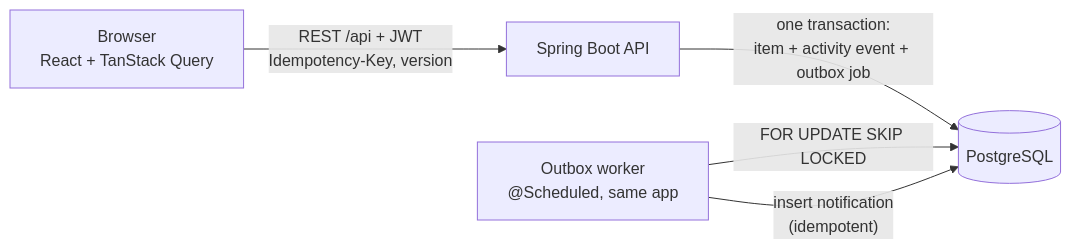
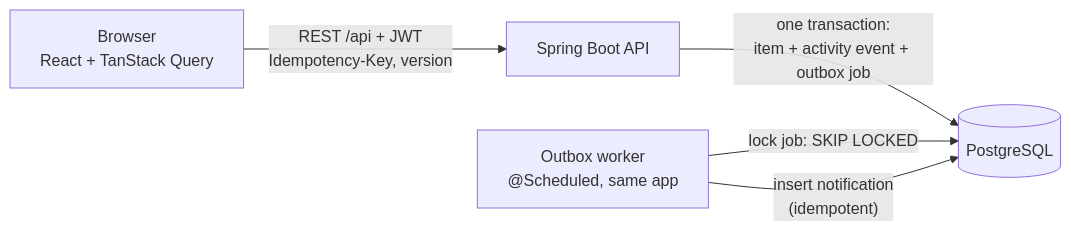
The first of 3 diagrams in docs/DESIGN.md (abhi1756/newtonite-ops-23131010108), drawn with Mermaid before and after one commit. The commit also changed other lines of this file and 2 other files, not shown here.

````diff
--- a/docs/DESIGN.md
+++ b/docs/DESIGN.md
@@ -7,7 +7,7 @@
 ```mermaid
 flowchart LR
     B[Browser<br/>React + TanStack Query] -- "REST /api + JWT<br/>Idempotency-Key, version" --> A[Spring Boot API]
     A -- "one transaction:<br/>item + activity event + outbox job" --> D[(PostgreSQL)]
-    W[Outbox worker<br/>@Scheduled, same app] -- "FOR UPDATE SKIP LOCKED" --> D
+    W[Outbox worker<br/>@Scheduled, same app] -- "lock job: SKIP LOCKED" --> D
     W -- "insert notification<br/>(idempotent)" --> D
 ```
````
